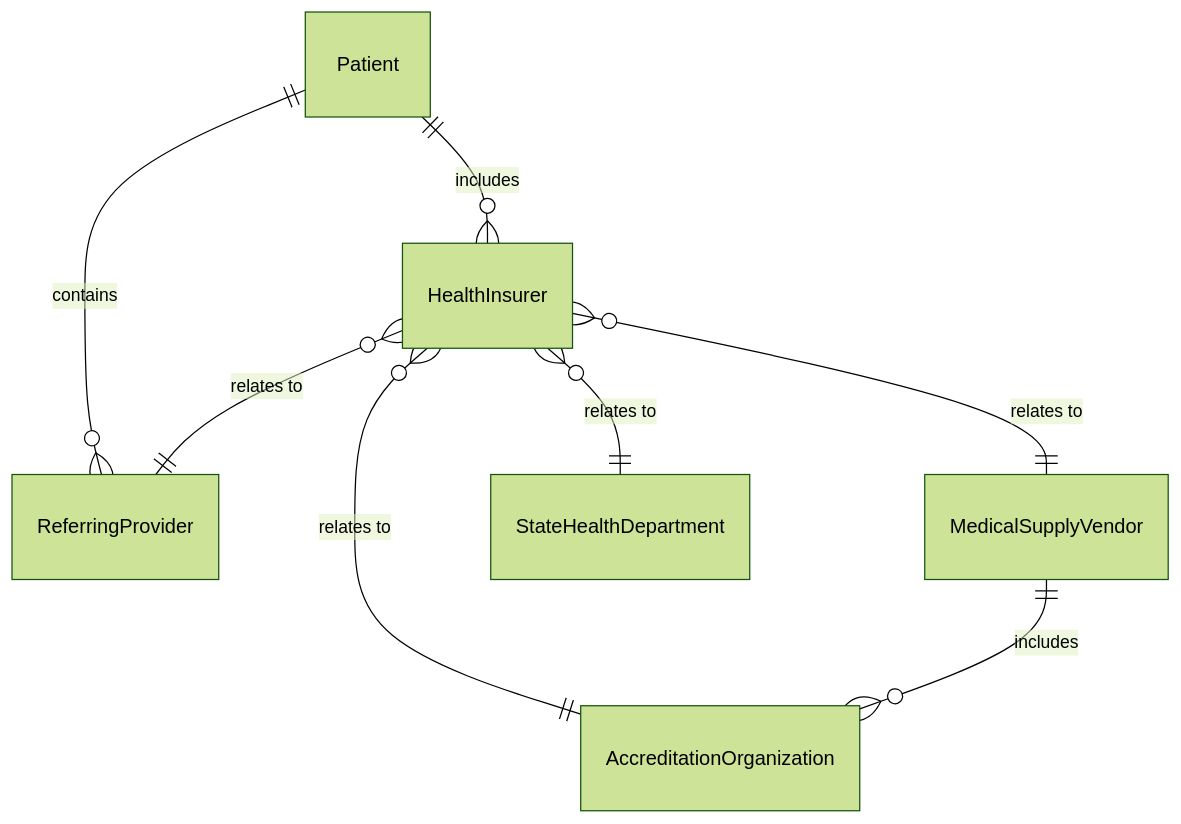
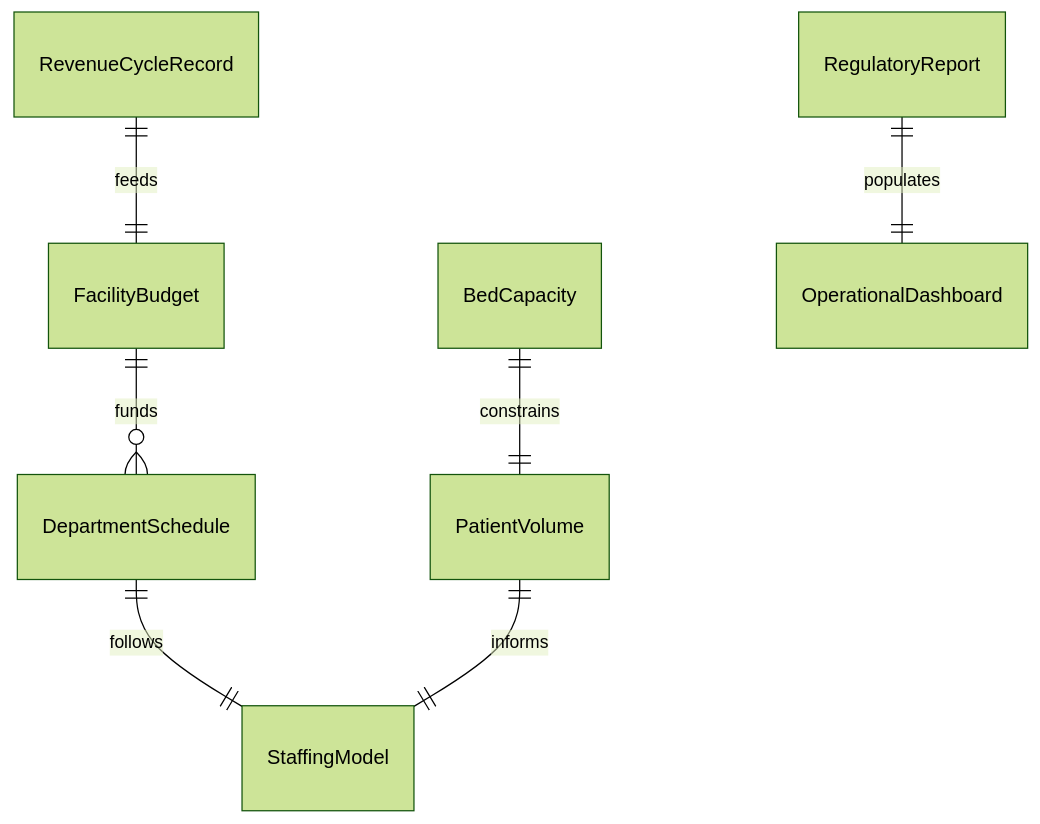
One commit to dot-org-ai/tasks.org.ai changed the first of 4 diagrams in GuidingDirectingAndMotivatingSubordinates/DirectOrganizationalOperationsActivitiesOrProcedures/ManageHealthcareOperations.mdx. Above: the diagram before and after it, drawn with Mermaid (forest theme). The commit also changed other lines of this file and 515 other files, not shown here.

````diff
--- a/GuidingDirectingAndMotivatingSubordinates/DirectOrganizationalOperationsActivitiesOrProcedures/ManageHealthcareOperations.mdx
+++ b/GuidingDirectingAndMotivatingSubordinates/DirectOrganizationalOperationsActivitiesOrProcedures/ManageHealthcareOperations.mdx
@@ -95,10 +95,9 @@
 ```mermaid
 erDiagram
-    Patient ||--o{ HealthInsurer : includes
-    Patient ||--o{ ReferringProvider : contains
-    HealthInsurer }o--|| MedicalSupplyVendor : "relates to"
-    HealthInsurer }o--|| AccreditationOrganization : "relates to"
-    HealthInsurer }o--|| StateHealthDepartment : "relates to"
-    HealthInsurer }o--|| ReferringProvider : "relates to"
-    MedicalSupplyVendor ||--o{ AccreditationOrganization : includes
+    FacilityBudget ||--o{ DepartmentSchedule : "funds"
+    BedCapacity ||--|| PatientVolume : "constrains"
+    DepartmentSchedule ||--|| StaffingModel : "follows"
+    RevenueCycleRecord ||--|| FacilityBudget : "feeds"
+    PatientVolume ||--|| StaffingModel : "informs"
+    RegulatoryReport ||--|| OperationalDashboard : "populates"
 ```
````
